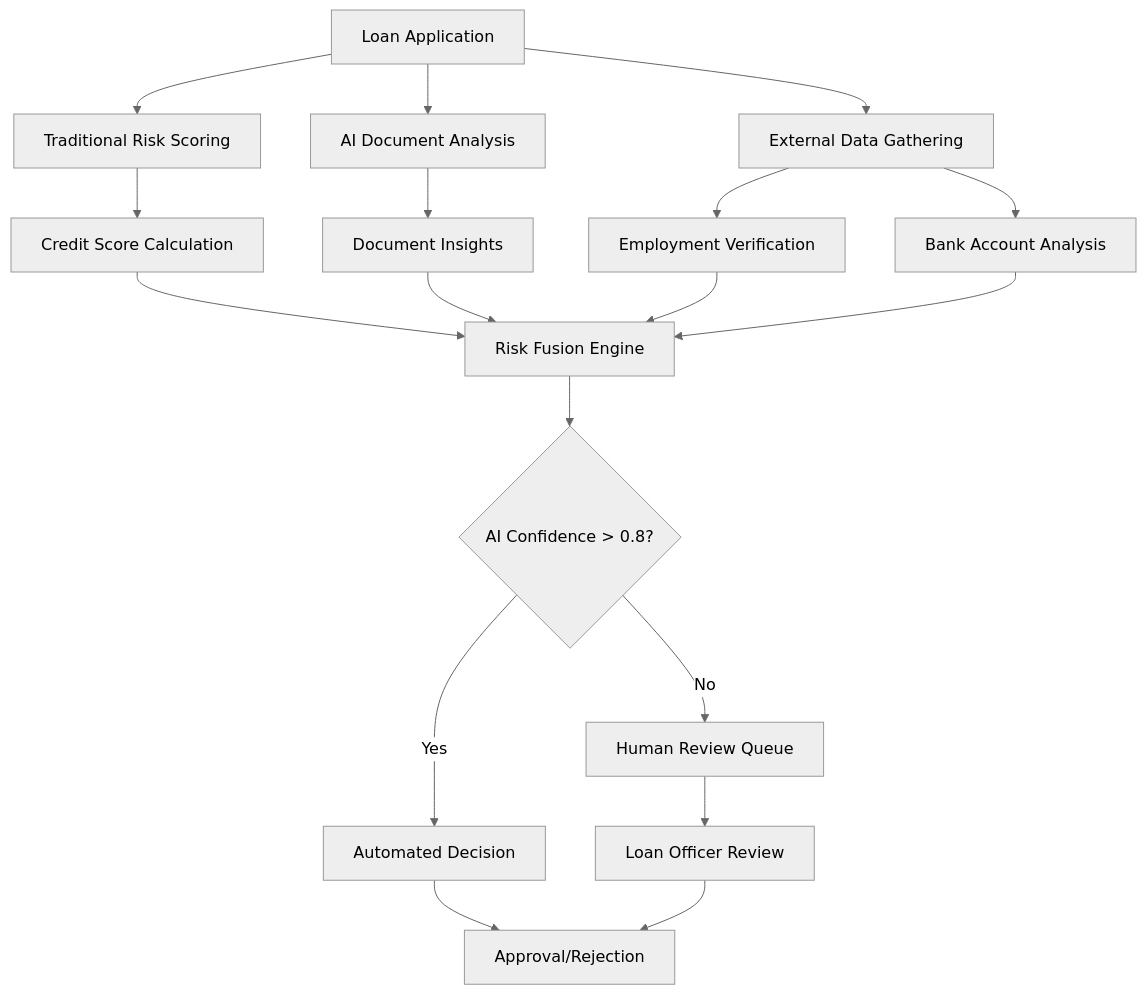
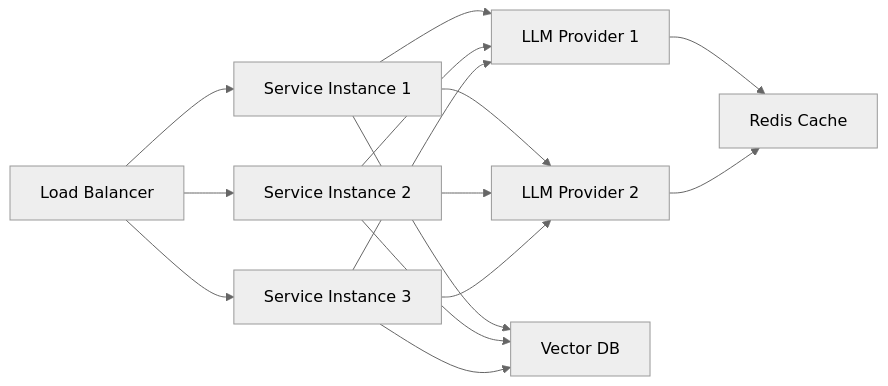
The second of 2 diagrams in source/_posts/Design-FinTech-AI-Workflow-and-Chat-System.md (shayne007/blog), drawn with Mermaid (neutral theme) before and after one commit. The commit also changed other lines of this file, not shown here.

```diff
--- a/source/_posts/Design-FinTech-AI-Workflow-and-Chat-System.md
+++ b/source/_posts/Design-FinTech-AI-Workflow-and-Chat-System.md
@@ -905,23 +1650,19 @@
-{% mermaid flowchart TD %}
-    A[Loan Application] --> B[Traditional Risk Scoring]
-    A --> C[AI Document Analysis]
-    A --> D[External Data Gathering]
+{% mermaid flowchart LR %}
+    A[Load Balancer] --> B[Service Instance 1]
+    A --> C[Service Instance 2]
+    A --> D[Service Instance 3]
     
-    B --> E[Credit Score Calculation]
-    C --> F[Document Insights]
-    D --> G[Employment Verification]
-    D --> H[Bank Account Analysis]
+    B --> E[LLM Provider 1]
+    B --> F[LLM Provider 2]
+    C --> E
+    C --> F
+    D --> E
+    D --> F
     
-    E --> I[Risk Fusion Engine]
-    F --> I
-    G --> I
-    H --> I
+    E --> G[Redis Cache]
+    F --> G
     
-    I --> J{AI Confidence > 0.8?}
-    J -->|Yes| K[Automated Decision]
-    J -->|No| L[Human Review Queue]
-    
-    K --> M[Approval/Rejection]
-    L --> N[Loan Officer Review]
-    N --> M
+    B --> H[Vector DB]
+    C --> H
+    D --> H
 {% endmermaid %}
```
